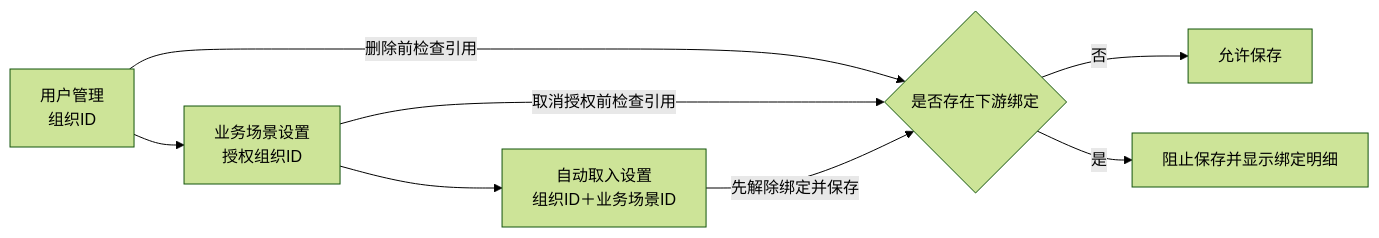
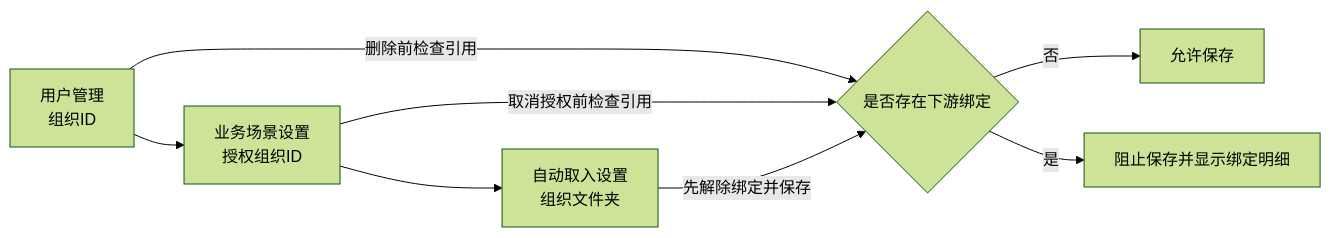
The second of 3 diagrams in demo/PRD.zh-CN.md (aruirage/Densan-Demo), drawn with Mermaid (forest theme) before and after one commit. The commit also changed other lines of this file and 7 other files, not shown here.

````diff
--- a/demo/PRD.zh-CN.md
+++ b/demo/PRD.zh-CN.md
@@ -59,10 +59,10 @@
 ```mermaid
 flowchart LR
   O[用户管理<br/>组织ID] --> S[业务场景设置<br/>授权组织ID]
-  S --> W[自动取入设置<br/>组织ID＋业务场景ID]
+  S --> W[自动取入设置<br/>组织文件夹]
   O -->|删除前检查引用| C{是否存在下游绑定}
   S -->|取消授权前检查引用| C
   C -->|否| OK[允许保存]
   C -->|是| NG[阻止保存并显示绑定明细]
   W -->|先解除绑定并保存| C
 ```
````
